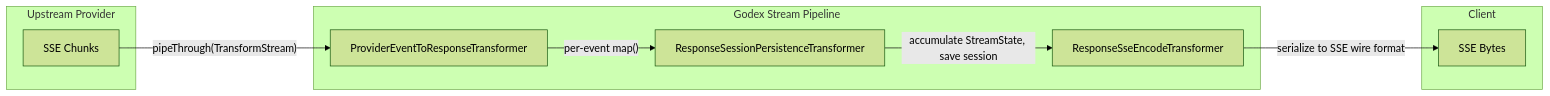
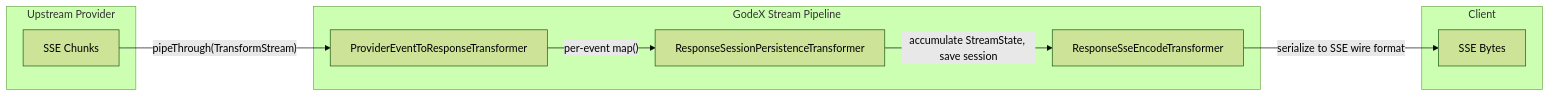
One commit to zamelee/GodeX changed the diagram in wiki/02-architecture/stream-pipeline.md. Above: the diagram before and after it, drawn with Mermaid (forest theme). The commit also changed other lines of this file and 96 other files, not shown here.

First line of the commit message:
refactor: Rename project from Godex to GodeX (#44)

````diff
--- a/wiki/02-architecture/stream-pipeline.md
+++ b/wiki/02-architecture/stream-pipeline.md
@@ -12,21 +12,21 @@
 ```mermaid
 flowchart LR
   subgraph upstream["Upstream Provider"]
     SSE["SSE Chunks"]
   end
 
-  subgraph godex["Godex Stream Pipeline"]
+  subgraph godex["GodeX Stream Pipeline"]
     T1["ProviderEventToResponseTransformer"]
     T2["ResponseSessionPersistenceTransformer"]
     T3["ResponseSseEncodeTransformer"]
   end
 
   subgraph client["Client"]
     BYTES["SSE Bytes"]
   end
 
   SSE -->|"pipeThrough(TransformStream)"| T1
   T1 -->|"per-event map()"| T2
   T2 -->|"accumulate StreamState, save session"| T3
   T3 -->|"serialize to SSE wire format"| BYTES
 ```
````
